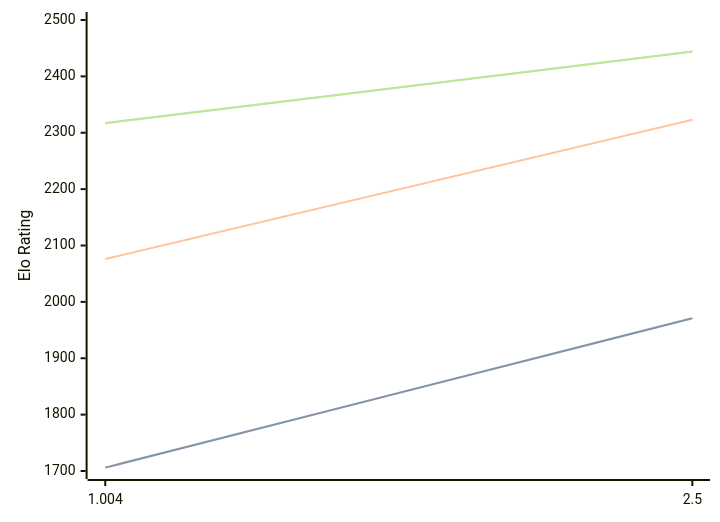
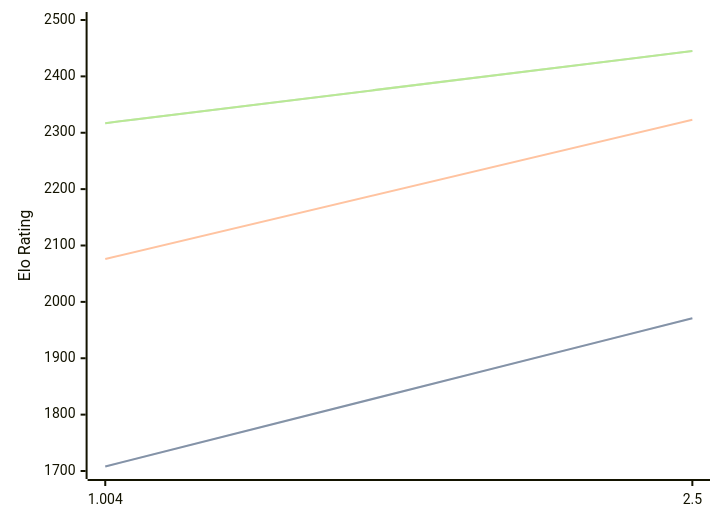
The diagram in engines/Ares.md (computer-chess-index/cci), drawn with Mermaid before and after one commit. The commit also changed other lines of this file, not shown here.

Commit message:
Update CCI Ratings (ELO VLTC) - 2026-09-04

````diff
--- a/engines/Ares.md
+++ b/engines/Ares.md
@@ -32,11 +32,11 @@
 ```mermaid
 %%{init: {"theme":"base","themeVariables":{"seriesColors:['#a3a3a3','#222221','#faa371']}}}%%
 xychart-beta
   x-axis ["1.004", "2.5"]
   y-axis "Elo Rating" 1700 --> 2500
-  line "" [1706, 1971]
-  line "STC (8.0+0.08s)" [1706, 1971]
+  line "" [1708, 1971]
+  line "STC (8.0+0.08s)" [1708, 1971]
   line "LTC (60.0+0.60s)" [2076, 2323]
-  line "" [2317, 2444]
-  line "VLTC (2m24s+1.12s)" [2317, 2444]
+  line "" [2317, 2445]
+  line "VLTC (2m24s+1.12s)" [2317, 2445]
 ```
````
